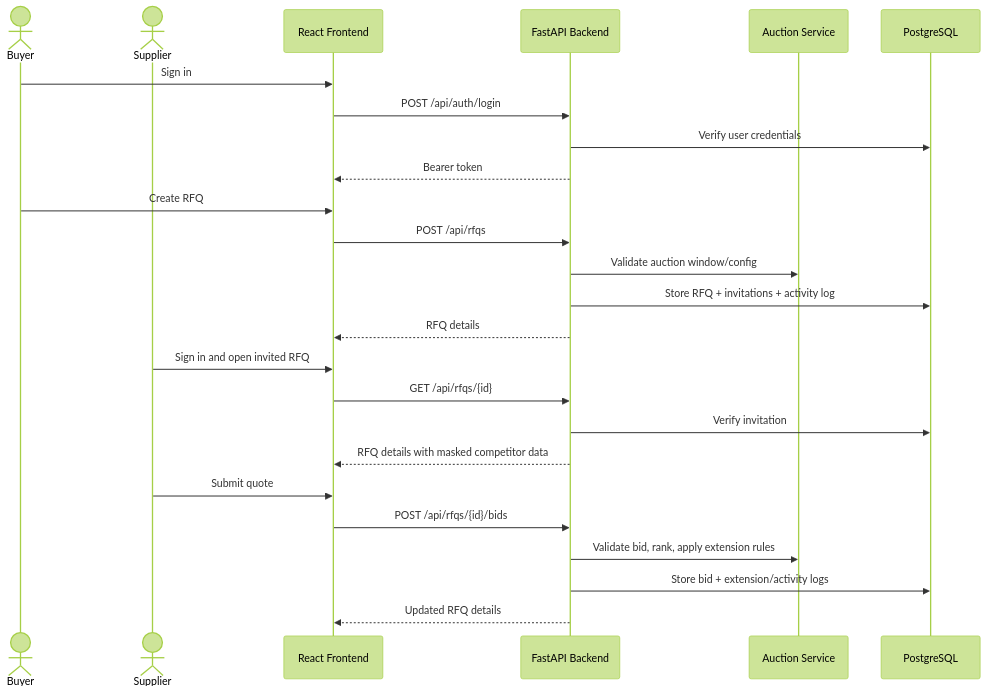
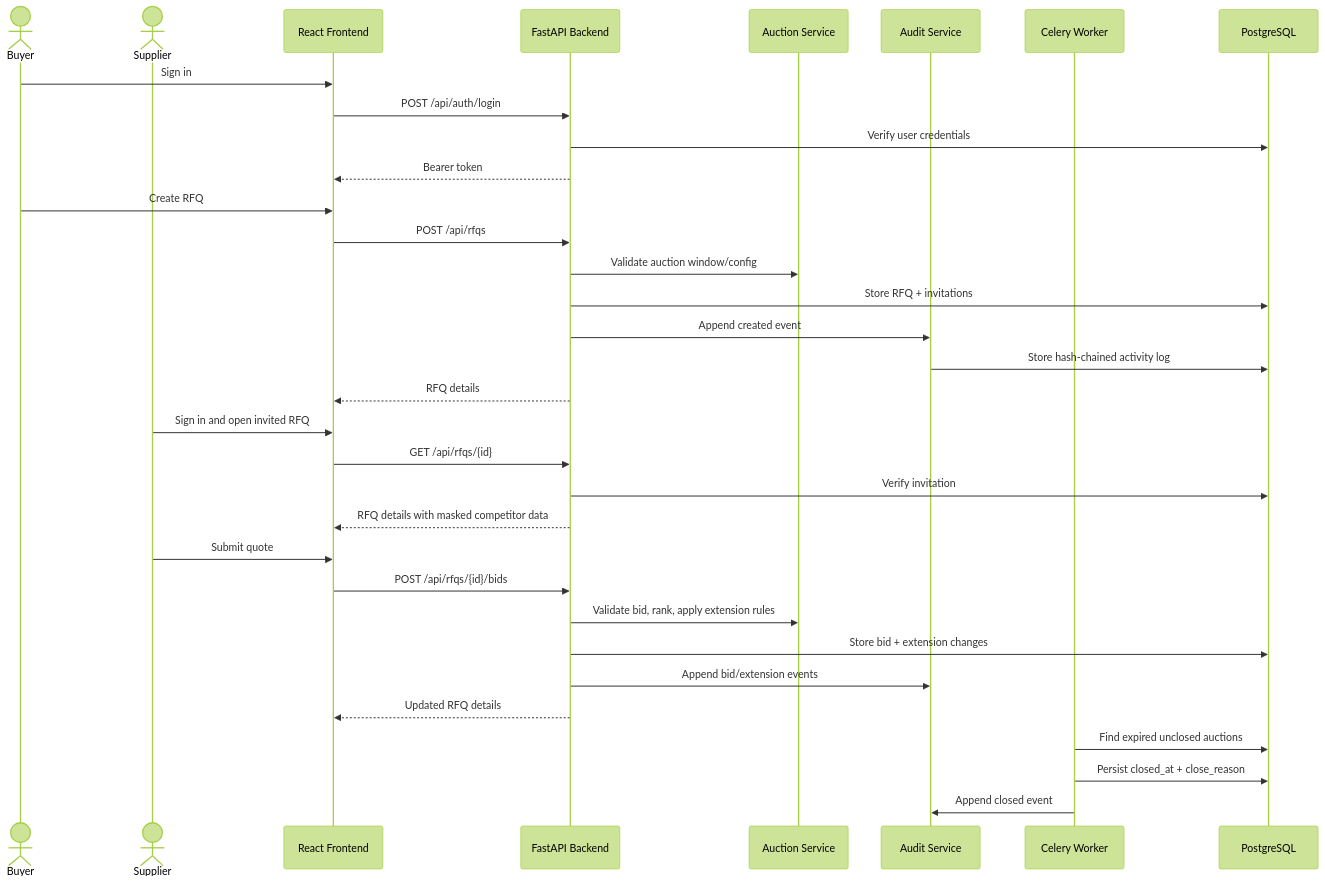
One commit to Rammanideep-ghantasala/British-Auction-in-RFQ-System changed the second of 2 diagrams in docs/architecture-diagram.md. Above: the diagram before and after it, drawn with Mermaid (forest theme). The commit also changed other lines of this file and 20 other files, not shown here.

````diff
--- a/docs/architecture-diagram.md
+++ b/docs/architecture-diagram.md
@@ -38,31 +51,40 @@
 ```mermaid
 sequenceDiagram
     actor Buyer
     actor Supplier
     participant Frontend as React Frontend
     participant API as FastAPI Backend
     participant Service as Auction Service
+    participant Audit as Audit Service
+    participant Worker as Celery Worker
     participant DB as PostgreSQL
 
     Buyer->>Frontend: Sign in
     Frontend->>API: POST /api/auth/login
     API->>DB: Verify user credentials
     API-->>Frontend: Bearer token
 
     Buyer->>Frontend: Create RFQ
     Frontend->>API: POST /api/rfqs
     API->>Service: Validate auction window/config
-    API->>DB: Store RFQ + invitations + activity log
+    API->>DB: Store RFQ + invitations
+    API->>Audit: Append created event
+    Audit->>DB: Store hash-chained activity log
     API-->>Frontend: RFQ details
 
     Supplier->>Frontend: Sign in and open invited RFQ
     Frontend->>API: GET /api/rfqs/{id}
     API->>DB: Verify invitation
     API-->>Frontend: RFQ details with masked competitor data
 
     Supplier->>Frontend: Submit quote
     Frontend->>API: POST /api/rfqs/{id}/bids
     API->>Service: Validate bid, rank, apply extension rules
-    API->>DB: Store bid + extension/activity logs
+    API->>DB: Store bid + extension changes
+    API->>Audit: Append bid/extension events
     API-->>Frontend: Updated RFQ details
+
+    Worker->>DB: Find expired unclosed auctions
+    Worker->>DB: Persist closed_at + close_reason
+    Worker->>Audit: Append closed event
 ```
````
